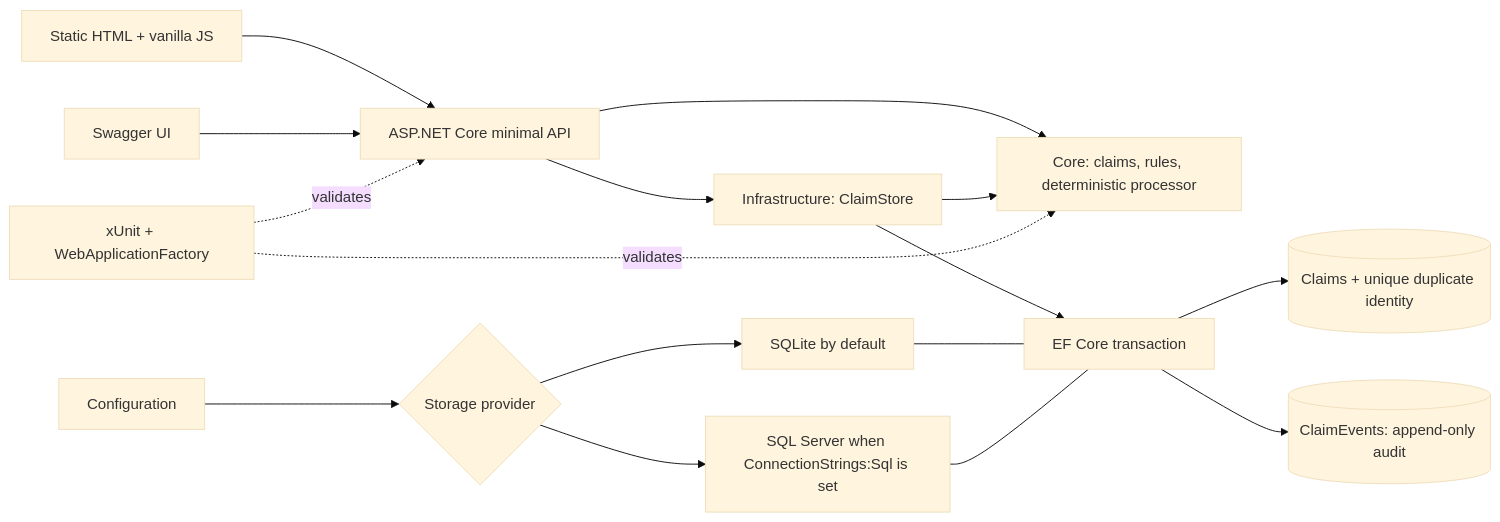
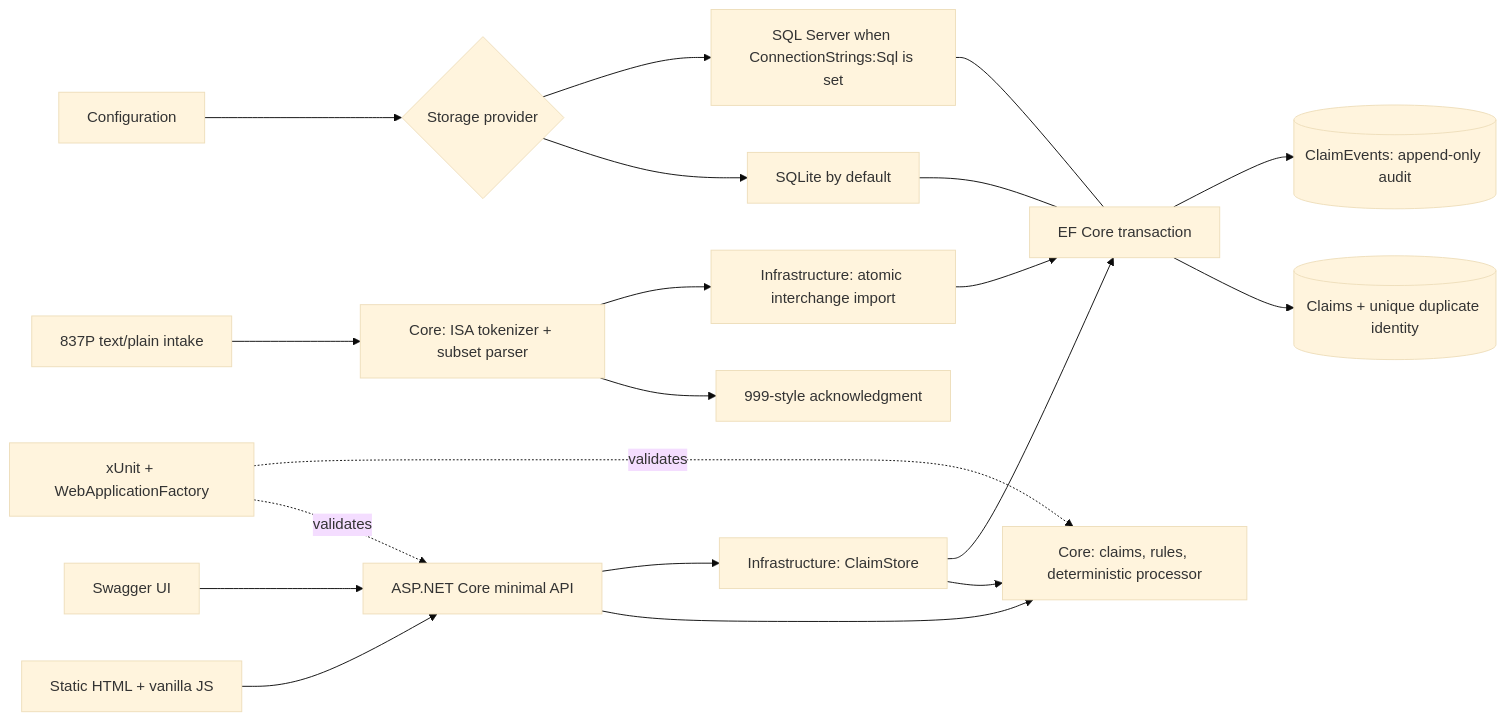
Before and after one commit to Abhyudaya01/medibridge: the diagram in README.md, drawn with Mermaid (base theme). The commit also changed other lines of this file and 22 other files, not shown here.

````diff
--- a/README.md
+++ b/README.md
@@ -26,18 +40,22 @@
 ```mermaid
 flowchart LR
     Browser[Static HTML + vanilla JS] --> API[ASP.NET Core minimal API]
     Swagger[Swagger UI] --> API
+    X12[837P text/plain intake] --> Parser[Core: ISA tokenizer + subset parser]
+    Parser --> Ack[999-style acknowledgment]
+    Parser --> Batch[Infrastructure: atomic interchange import]
+    Batch --> EF
     API --> Core[Core: claims, rules, deterministic processor]
     API --> Store[Infrastructure: ClaimStore]
     Store --> Core
     Store --> EF[EF Core transaction]
     EF --> Claims[(Claims + unique duplicate identity)]
     EF --> Events[(ClaimEvents: append-only audit)]
     Config[Configuration] --> Provider{Storage provider}
     Provider --> SQLite[SQLite by default]
     Provider --> SQL[SQL Server when ConnectionStrings:Sql is set]
     SQLite --- EF
     SQL --- EF
     Tests[xUnit + WebApplicationFactory] -. validates .-> API
     Tests -. validates .-> Core
 ```
````
